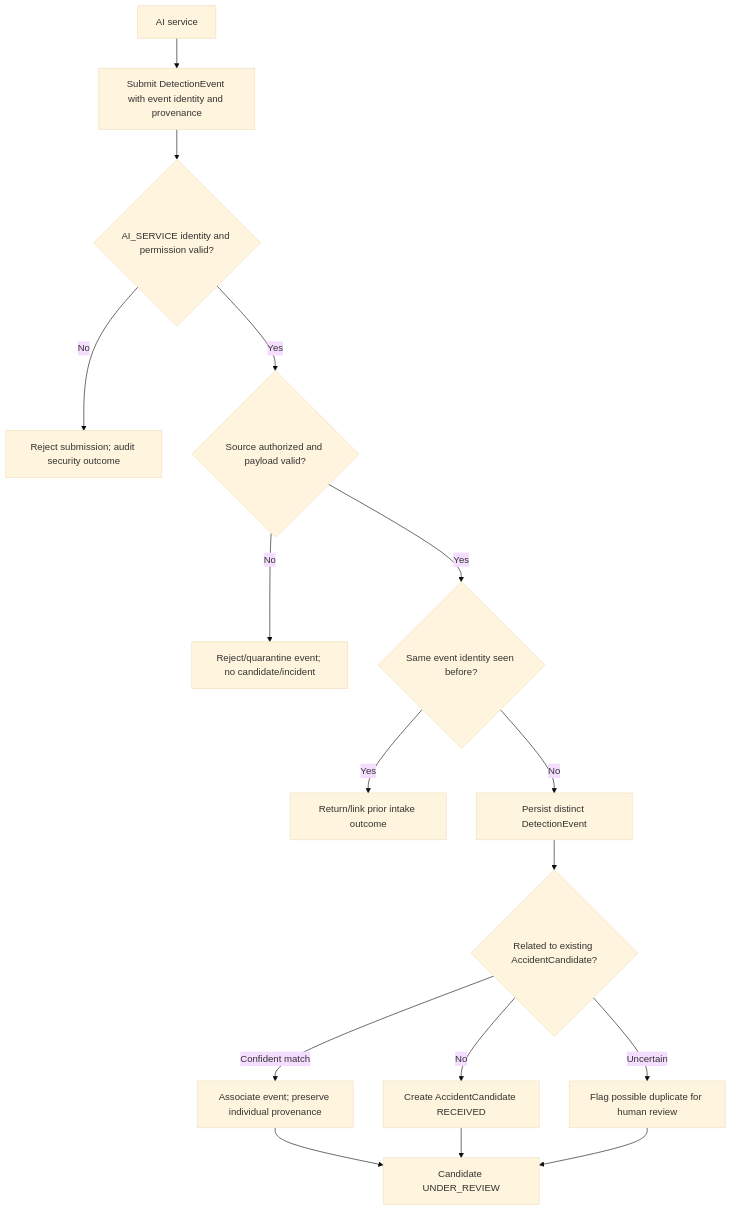
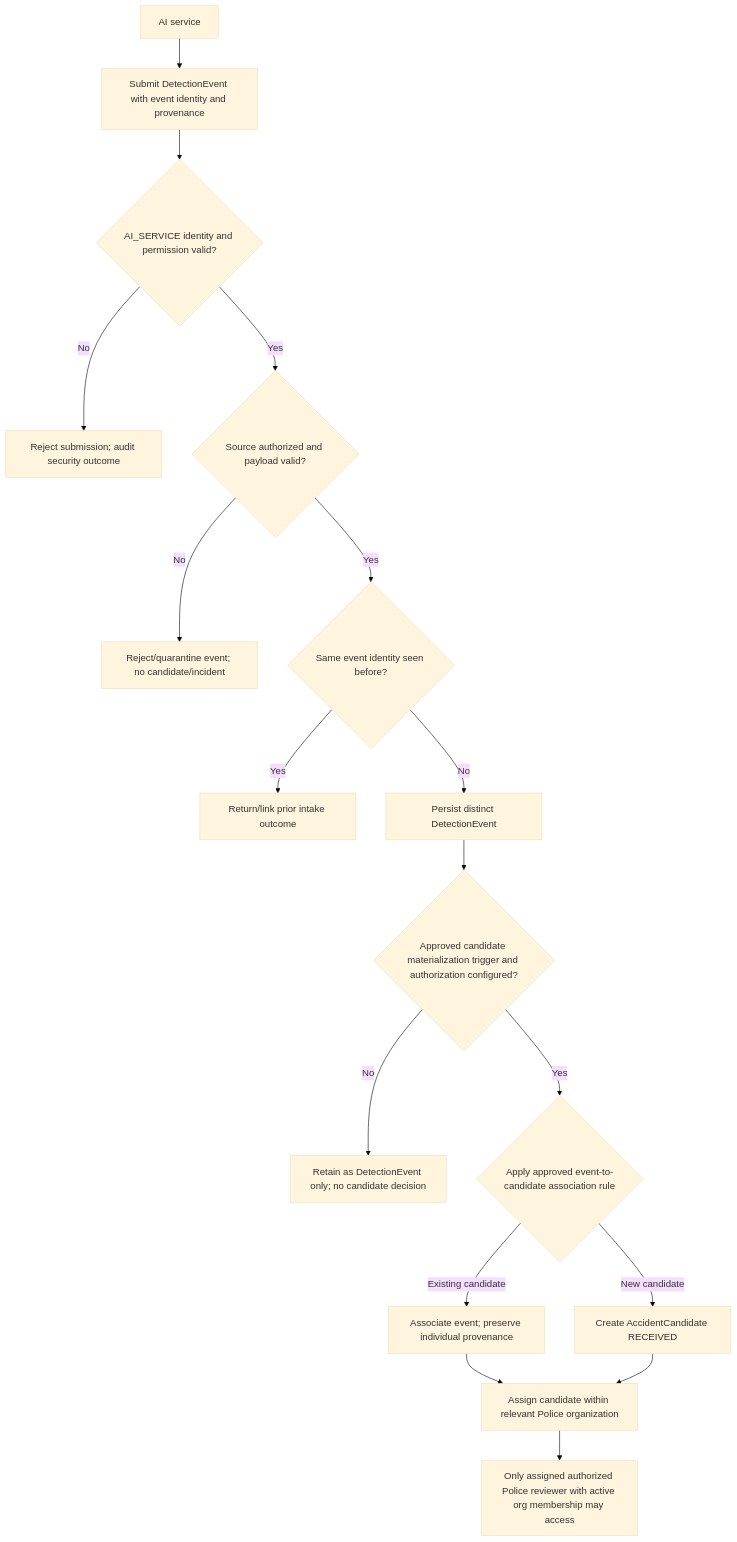
The second of 7 diagrams in docs/architecture/data_flow.md (rajatchouksey615-alt/ResQVision), drawn with Mermaid (base theme) before and after one commit. The commit also changed other lines of this file and 69 other files, not shown here.

Commit message:
feat: harden candidate intake and repository governance

```diff
--- a/docs/architecture/data_flow.md
+++ b/docs/architecture/data_flow.md
@@ -25,18 +25,19 @@
 ~~~mermaid
 flowchart TD
     AI[AI service] --> Submit[Submit DetectionEvent with event identity and provenance]
     Submit --> Auth{AI_SERVICE identity and permission valid?}
     Auth -- No --> Reject[Reject submission; audit security outcome]
     Auth -- Yes --> Integrity{Source authorized and payload valid?}
     Integrity -- No --> RejectEvent[Reject/quarantine event; no candidate/incident]
     Integrity -- Yes --> Duplicate{Same event identity seen before?}
     Duplicate -- Yes --> Idempotent[Return/link prior intake outcome]
     Duplicate -- No --> StoreEvent[Persist distinct DetectionEvent]
-    StoreEvent --> Match{Related to existing AccidentCandidate?}
-    Match -- Confident match --> Associate[Associate event; preserve individual provenance]
-    Match -- Uncertain --> Review[Flag possible duplicate for human review]
-    Match -- No --> NewCandidate[Create AccidentCandidate RECEIVED]
-    Associate --> Candidate[Candidate UNDER_REVIEW]
-    NewCandidate --> Candidate
-    Review --> Candidate
+    StoreEvent --> Intake{Approved candidate materialization trigger and authorization configured?}
+    Intake -- No --> Observation[Retain as DetectionEvent only; no candidate decision]
+    Intake -- Yes --> Group{Apply approved event-to-candidate association rule}
+    Group -- Existing candidate --> Associate[Associate event; preserve individual provenance]
+    Group -- New candidate --> NewCandidate[Create AccidentCandidate RECEIVED]
+    Associate --> Assignment[Assign candidate within relevant Police organization]
+    NewCandidate --> Assignment
+    Assignment --> Reviewer[Only assigned authorized Police reviewer with active org membership may access]
 ~~~
```
